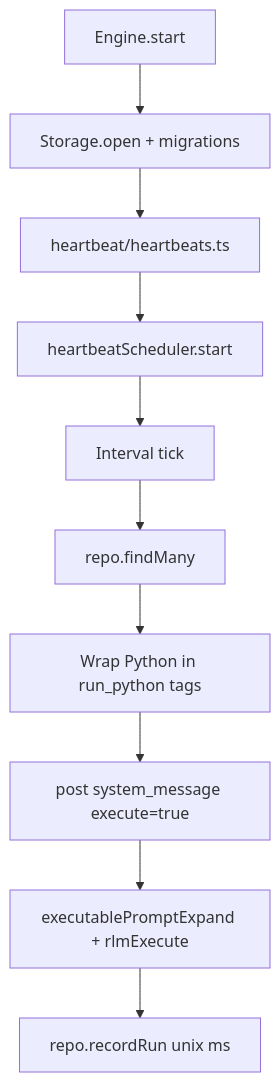
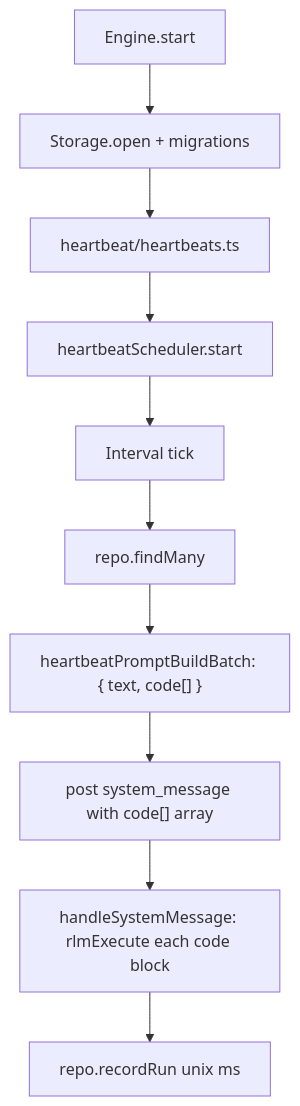
Before and after one commit to ex3ndr/daycare: the diagram in packages/daycare/sources/engine/heartbeat/README.md, drawn with Mermaid. The commit also changed other lines of this file and 32 other files, not shown here.

First line of the commit message:
feat(heartbeat,cron): execute Python code blocks directly via rlmExecute

````diff
--- a/packages/daycare/sources/engine/heartbeat/README.md
+++ b/packages/daycare/sources/engine/heartbeat/README.md
@@ -30,12 +30,12 @@
 ```mermaid
 flowchart TD
   Engine[Engine.start] --> Storage[Storage.open + migrations]
   Storage --> Heartbeats[heartbeat/heartbeats.ts]
   Heartbeats --> Scheduler[heartbeatScheduler.start]
   Scheduler --> Tick[Interval tick]
   Tick --> Load[repo.findMany]
-  Load --> Batch[Wrap Python in run_python tags]
-  Batch --> AgentSystem[post system_message execute=true]
-  AgentSystem --> RLM[executablePromptExpand + rlmExecute]
+  Load --> Batch["heartbeatPromptBuildBatch: { text, code[] }"]
+  Batch --> AgentSystem["post system_message with code[] array"]
+  AgentSystem --> RLM["handleSystemMessage: rlmExecute each code block"]
   RLM --> Record[repo.recordRun unix ms]
 ```
````
